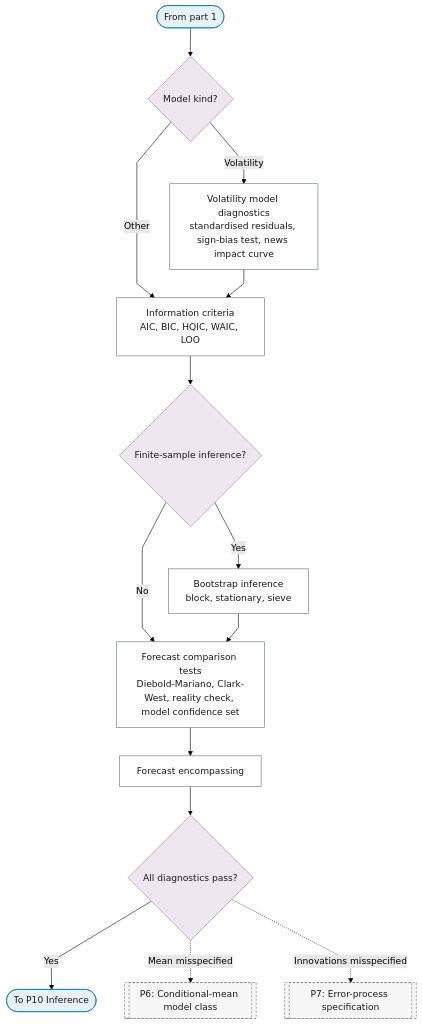
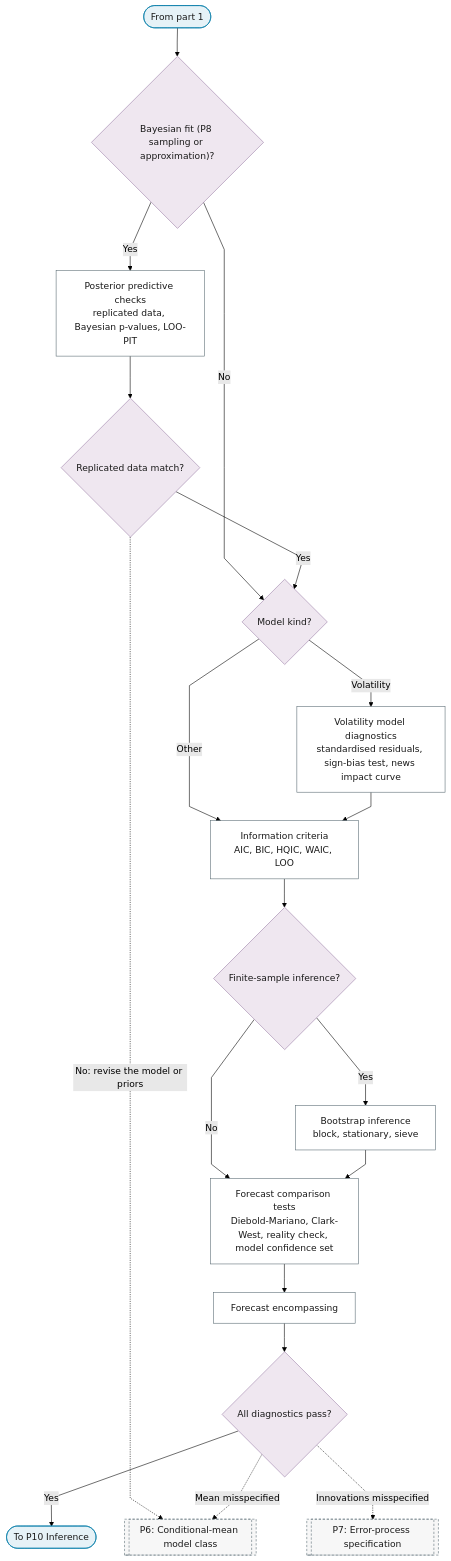
The second of 2 diagrams in docs/01-workflow/p09-diagnostics-selection.md (Shuxin-Y/time-series-analysis-manual), drawn with Mermaid (forest theme) before and after one commit. The commit also changed other lines of this file, not shown here.

Commit message:
fix(flowchart): P9 checks Bayesian fits where all innovation types meet, with a verdict (rev1 R4-3, rev2 r4-d)
'Bayesian fit (P8 sampling or approximation)?' opens P9 part 2, where the
continuous, count and event-time paths meet. After the posterior
predictive checks, 'Replicated data match?' goes on or loops to P6 to
revise the model or priors. The section follows the remaining
nonlinearity section, as the diagram reaches it.

````diff
--- a/docs/01-workflow/p09-diagnostics-selection.md
+++ b/docs/01-workflow/p09-diagnostics-selection.md
@@ -63,29 +60,34 @@
 ```mermaid
 %%{init: {"flowchart": {"curve": "linear"}}}%%
 graph TD
-    P9_PART_2_IN(["From part 1"]) --> P9_MODEL_KIND{"Model kind?"}
+    P9_PART_2_IN(["From part 1"]) --> P9_BAYESIAN_Q{"Bayesian fit (P8 sampling or approximation)?"}
+    P9_BAYESIAN_Q -->|"Yes"| P9_POSTERIOR_PREDICTIVE["Posterior predictive checks<br/>replicated data, Bayesian p-values, LOO-PIT"]
+    P9_BAYESIAN_Q -->|"No"| P9_MODEL_KIND
+    P9_POSTERIOR_PREDICTIVE --> P9_PPC_VERDICT{"Replicated data match?"}
+    P9_PPC_VERDICT -->|"Yes"| P9_MODEL_KIND{"Model kind?"}
+    P9_PPC_VERDICT -.->|"No: revise the model or priors"| P6[["P6: Conditional-mean model class"]]
     P9_MODEL_KIND -->|"Volatility"| P9_VOLATILITY_DIAGNOSTICS["Volatility model diagnostics<br/>standardised residuals, sign-bias test, news impact curve"]
     P9_MODEL_KIND -->|"Other"| P9_INFORMATION_CRITERIA
     P9_VOLATILITY_DIAGNOSTICS --> P9_INFORMATION_CRITERIA["Information criteria<br/>AIC, BIC, HQIC, WAIC, LOO"]
     P9_INFORMATION_CRITERIA --> P9_INFERENCE_NEEDED{"Finite-sample inference?"}
     P9_INFERENCE_NEEDED -->|"Yes"| P9_BOOTSTRAP["Bootstrap inference<br/>block, stationary, sieve"]
     P9_INFERENCE_NEEDED -->|"No"| P9_FORECAST_COMPARISON
     P9_BOOTSTRAP --> P9_FORECAST_COMPARISON["Forecast comparison tests<br/>Diebold-Mariano, Clark-West, reality check, model confidence set"]
     P9_FORECAST_COMPARISON --> P9_ENCOMPASSING["Forecast encompassing"]
     P9_ENCOMPASSING --> P9_PASS{"All diagnostics pass?"}
     P9_PASS -->|"Yes"| P9_OUT(["To P10 Inference"])
     P9_PASS -.->|"Mean misspecified"| P6[["P6: Conditional-mean model class"]]
     P9_PASS -.->|"Innovations misspecified"| P7[["P7: Error-process specification"]]
     class P9_PART_2_IN,P9_OUT terminator
-    class P9_MODEL_KIND,P9_INFERENCE_NEEDED,P9_PASS decision
-    class P9_VOLATILITY_DIAGNOSTICS,P9_INFORMATION_CRITERIA,P9_BOOTSTRAP,P9_FORECAST_COMPARISON,P9_ENCOMPASSING process
+    class P9_BAYESIAN_Q,P9_PPC_VERDICT,P9_MODEL_KIND,P9_INFERENCE_NEEDED,P9_PASS decision
+    class P9_POSTERIOR_PREDICTIVE,P9_VOLATILITY_DIAGNOSTICS,P9_INFORMATION_CRITERIA,P9_BOOTSTRAP,P9_FORECAST_COMPARISON,P9_ENCOMPASSING process
     class P6,P7 ref
     classDef terminator fill:#E6F2F7,stroke:#007BA7,color:#1A1A1A;
     classDef process fill:#FFFFFF,stroke:#5A6B73,color:#1A1A1A;
     classDef decision fill:#EFE7F0,stroke:#9B7FA7,color:#1A1A1A;
     classDef data fill:#FFF4E0,stroke:#C9A55E,color:#1A1A1A;
     classDef good fill:#DCEFD8,stroke:#4A7A3F,color:#1A1A1A;
     classDef escalate fill:#FFE9C2,stroke:#C9A55E,color:#1A1A1A;
     classDef problem fill:#F2D9DE,stroke:#800020,color:#1A1A1A;
     classDef ref fill:#F7F7F7,stroke:#5A6B73,color:#1A1A1A,stroke-dasharray:4 3;
 ```
````
